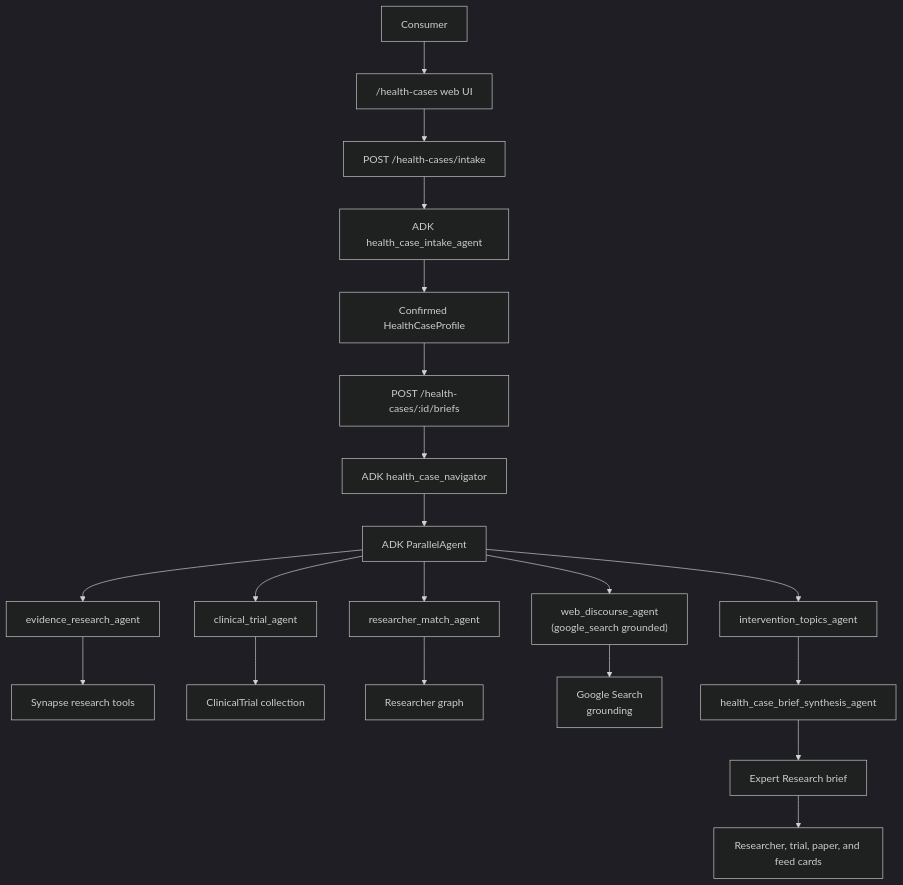
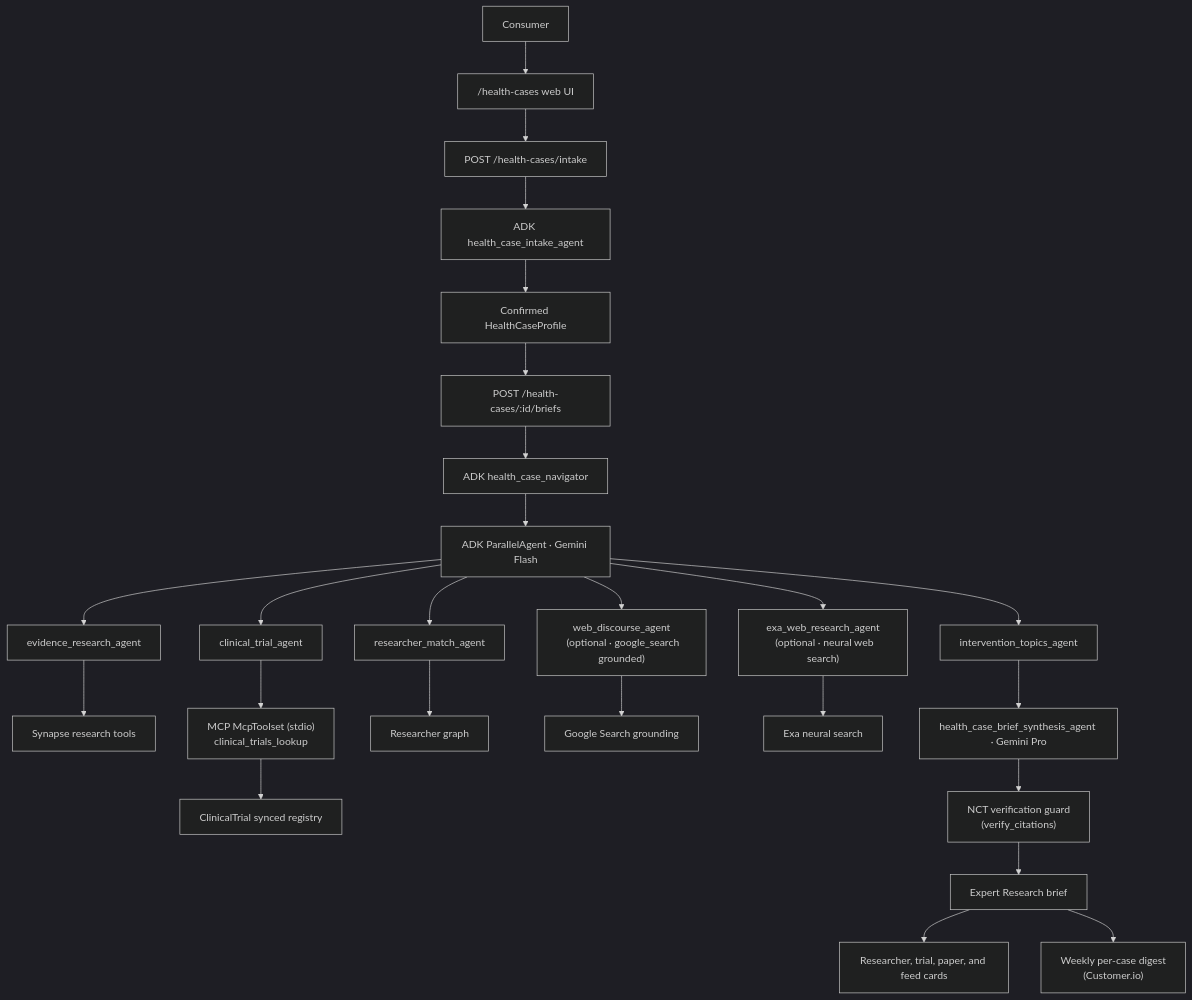
One commit to synapse-social-org/synapse-health-cases-adk changed the diagram in docs/google-adk-health-cases-architecture.md. Above: the diagram before and after it, drawn with Mermaid (dark theme). The commit also changed other lines of this file and 4 other files, not shown here.

First line of the commit message:
docs: refresh architecture diagram to match production ADK workflow

````diff
--- a/docs/google-adk-health-cases-architecture.md
+++ b/docs/google-adk-health-cases-architecture.md
@@ -41,24 +50,32 @@
 ```mermaid
 flowchart TD
   User["Consumer"] --> Web["/health-cases web UI"]
   Web --> Intake["POST /health-cases/intake"]
   Intake --> IntakeAgent["ADK health_case_intake_agent"]
   IntakeAgent --> Profile["Confirmed HealthCaseProfile"]
   Profile --> Brief["POST /health-cases/:id/briefs"]
   Brief --> Workflow["ADK health_case_navigator"]
-  Workflow --> Parallel["ADK ParallelAgent"]
+  Workflow --> Parallel["ADK ParallelAgent · Gemini Flash"]
   Parallel --> Evidence["evidence_research_agent"]
   Parallel --> Trials["clinical_trial_agent"]
   Parallel --> Researchers["researcher_match_agent"]
   Parallel --> WebDiscourse["web_discourse_agent
-  (google_search grounded)"]
+  (optional · google_search grounded)"]
+  Parallel --> Exa["exa_web_research_agent
+  (optional · neural web search)"]
   Evidence --> Tools["Synapse research tools"]
-  Trials --> TrialDB["ClinicalTrial collection"]
+  Trials --> MCP["MCP McpToolset (stdio)
+  clinical_trials_lookup"]
+  MCP --> TrialDB["ClinicalTrial synced registry"]
   Researchers --> AuthorGraph["Researcher graph"]
-  WebDiscourse --> GoogleSearch["Google Search
-  grounding"]
+  WebDiscourse --> GoogleSearch["Google Search grounding"]
+  Exa --> ExaAPI["Exa neural search"]
   Parallel --> Topics["intervention_topics_agent"]
-  Topics --> Synthesis["health_case_brief_synthesis_agent"]
-  Synthesis --> Result["Expert Research brief"]
+  Topics --> Synthesis["health_case_brief_synthesis_agent · Gemini Pro"]
+  Synthesis --> Guard["NCT verification guard
+  (verify_citations)"]
+  Guard --> Result["Expert Research brief"]
   Result --> Cards["Researcher, trial, paper, and feed cards"]
+  Result --> Digest["Weekly per-case digest
+  (Customer.io)"]
 ```
````
